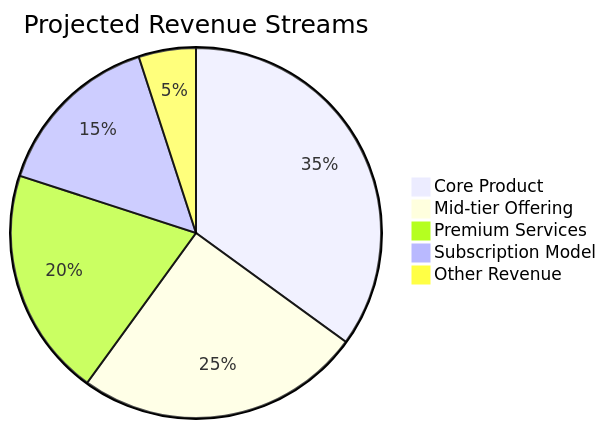
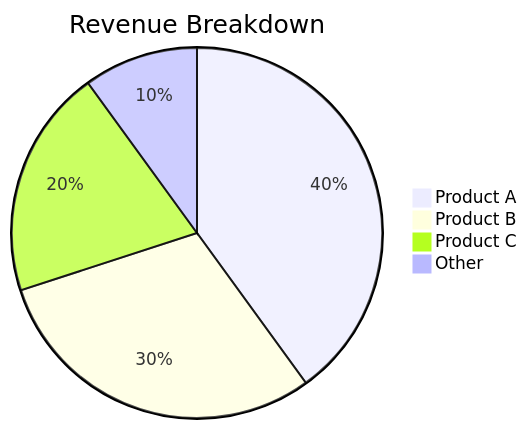
The third of 6 diagrams in README.md (fenago/VibeBusinessPlanning), drawn with Mermaid before and after one commit. The commit also changed other lines of this file and 6 other files, not shown here.

Commit message:
Apply final comprehensive fixes to all Mermaid diagrams

````diff
--- a/README.md
+++ b/README.md
@@ -322,8 +315,8 @@
 ```mermaid
-pie title Projected Revenue Streams
-"Core Product" : 35
-"Mid-tier Offering" : 25
-"Premium Services" : 20
-"Subscription Model" : 15
-"Other Revenue" : 5
+pie
+    title Revenue Breakdown
+    "Product A" : 40
+    "Product B" : 30
+    "Product C" : 20
+    "Other" : 10
 ```
````
